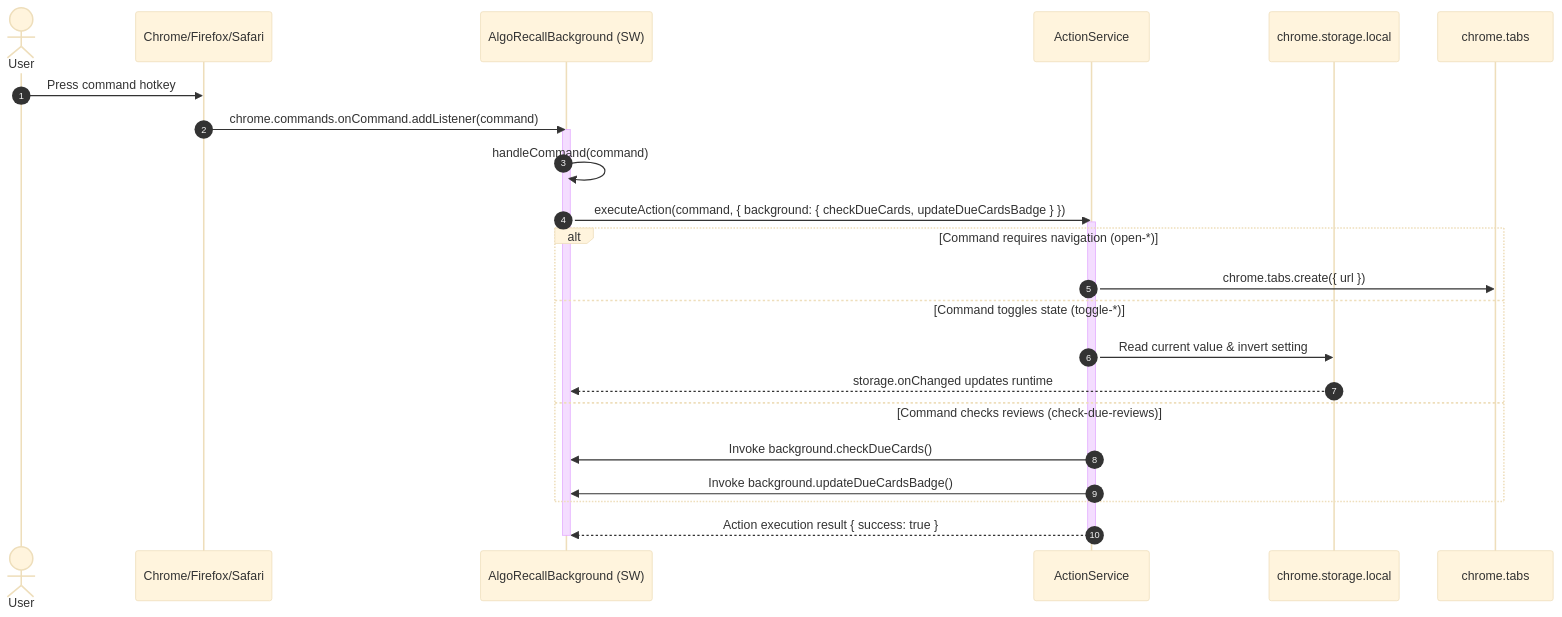
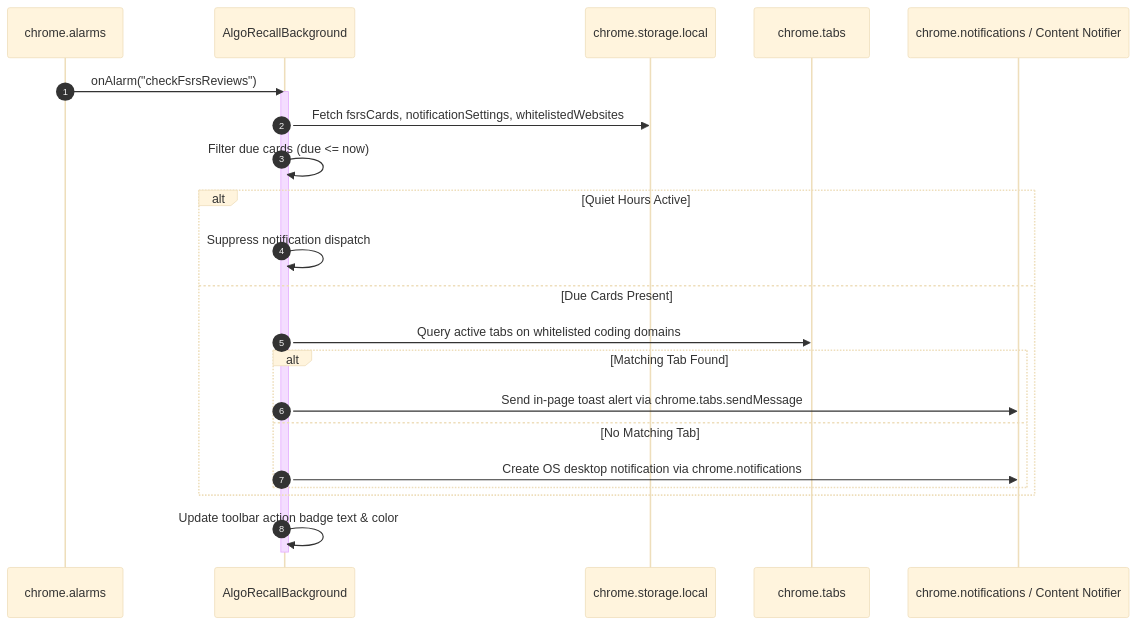
One commit to sdeanmol/algomonster-fsrs-extension changed the diagram in docs/runtime-core/background-service.md. Above: the diagram before and after it, drawn with Mermaid (base theme). The commit also changed other lines of this file and 11 other files, not shown here.

````diff
--- a/docs/runtime-core/background-service.md
+++ b/docs/runtime-core/background-service.md
@@ -192,29 +73,26 @@
 ```mermaid
 sequenceDiagram
     autonumber
-    actor User
-    participant Browser as Chrome/Firefox/Safari
-    participant SW as AlgoRecallBackground (SW)
-    participant AS as ActionService
-    participant ST as chrome.storage.local
+    participant Alarms as chrome.alarms
+    participant BG as AlgoRecallBackground
+    participant Storage as chrome.storage.local
     participant Tabs as chrome.tabs
+    participant Notif as chrome.notifications / Content Notifier
 
-    User->>Browser: Press command hotkey
-    Browser->>SW: chrome.commands.onCommand.addListener(command)
-    activate SW
-    SW->>SW: handleCommand(command)
-    SW->>AS: executeAction(command, { background: { checkDueCards, updateDueCardsBadge } })
-    activate AS
-    alt Command requires navigation (open-*)
-        AS->>Tabs: chrome.tabs.create({ url })
-    else Command toggles state (toggle-*)
-        AS->>ST: Read current value & invert setting
-        ST-->>SW: storage.onChanged updates runtime
-    else Command checks reviews (check-due-reviews)
-        AS->>SW: Invoke background.checkDueCards()
-        AS->>SW: Invoke background.updateDueCardsBadge()
+    Alarms->>BG: onAlarm("checkFsrsReviews")
+    activate BG
+    BG->>Storage: Fetch fsrsCards, notificationSettings, whitelistedWebsites
+    BG->>BG: Filter due cards (due <= now)
+    alt Quiet Hours Active
+        BG->>BG: Suppress notification dispatch
+    else Due Cards Present
+        BG->>Tabs: Query active tabs on whitelisted coding domains
+        alt Matching Tab Found
+            BG->>Notif: Send in-page toast alert via chrome.tabs.sendMessage
+        else No Matching Tab
+            BG->>Notif: Create OS desktop notification via chrome.notifications
+        end
     end
-    AS-->>SW: Action execution result { success: true }
-    deactivate AS
-    deactivate SW
+    BG->>BG: Update toolbar action badge text & color
+    deactivate BG
 ```
````
